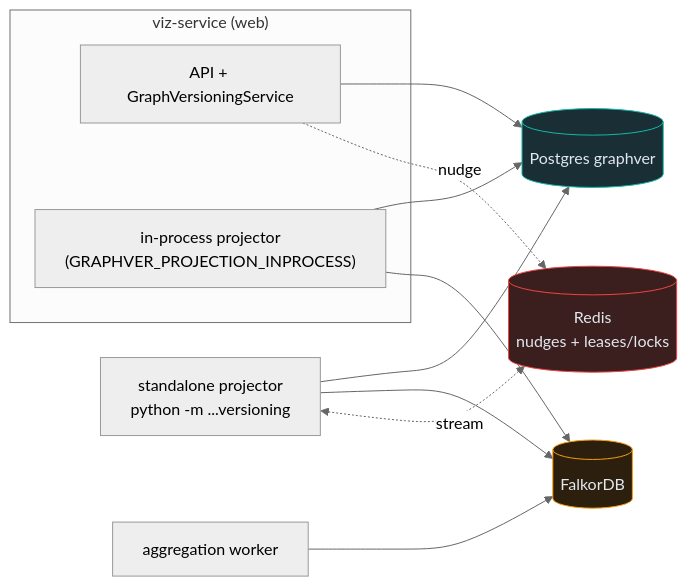
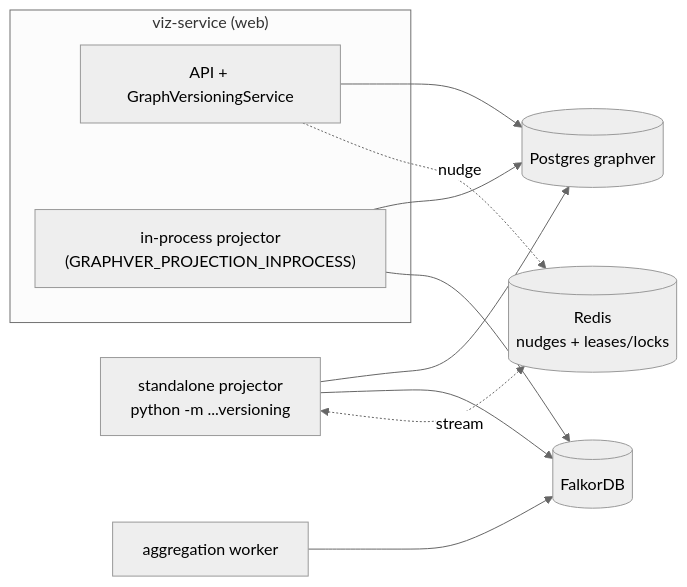
The fourth of 5 diagrams in docs/versioning/01-overview-and-architecture.md (rkrumins/dataviz), drawn with Mermaid (neutral theme) before and after one commit. The commit also changed other lines of this file and 46 other files, not shown here.

````diff
--- a/docs/versioning/01-overview-and-architecture.md
+++ b/docs/versioning/01-overview-and-architecture.md
@@ -192,21 +188,18 @@
 ```mermaid
 graph LR
     subgraph web["viz-service (web)"]
         api["API + GraphVersioningService"]
         ipw["in-process projector<br/>(GRAPHVER_PROJECTION_INPROCESS)"]
     end
     swk["standalone projector<br/>python -m ...versioning"]
     agw["aggregation worker"]
     pg[("Postgres graphver")]
     fdb[("FalkorDB")]
     redis[("Redis<br/>nudges + leases/locks")]
     api --> pg
     api -. nudge .-> redis
     ipw --> pg & fdb
     swk --> pg & fdb
     swk <-. stream .-> redis
     agw --> fdb
-    style pg fill:#1a2e35,stroke:#14b8a6,color:#e2e8f0
-    style fdb fill:#2d1f0e,stroke:#f59e0b,color:#e2e8f0
-    style redis fill:#3b1f1f,stroke:#ef4444,color:#e2e8f0
 ```
````
